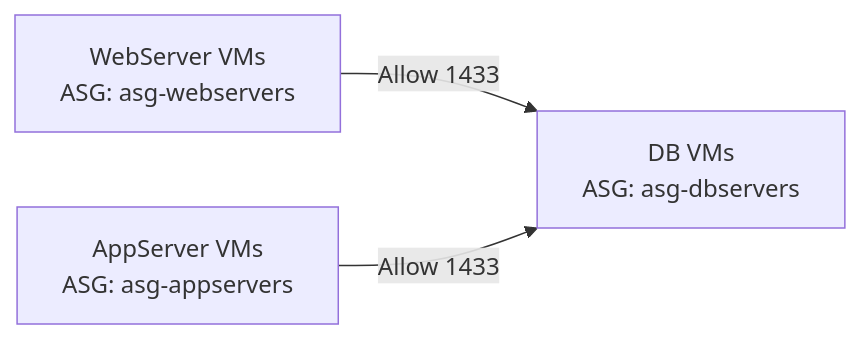
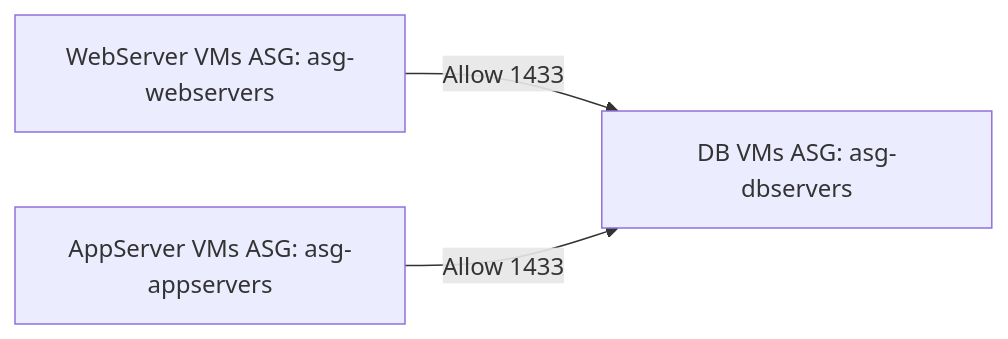
Before and after one commit to SoniiiT/notes-n-docs: the third of 5 diagrams in Microsoft 365/Azure/Netzwerk/Network Security Groups.md, drawn with Mermaid. The commit also changed other lines of this file and 124 other files, not shown here.

First line of the commit message:
fix: Entferne \n aus allen Mermaid-Diagrammen (125 Dateien)

````diff
--- a/Microsoft 365/Azure/Netzwerk/Network Security Groups.md
+++ b/Microsoft 365/Azure/Netzwerk/Network Security Groups.md
@@ -145,5 +145,5 @@
 ```mermaid
 graph LR
-    WEB[WebServer VMs\nASG: asg-webservers] -->|Allow 1433| DB[DB VMs\nASG: asg-dbservers]
-    APP[AppServer VMs\nASG: asg-appservers] -->|Allow 1433| DB
+    WEB[WebServer VMs ASG: asg-webservers] -->|Allow 1433| DB[DB VMs ASG: asg-dbservers]
+    APP[AppServer VMs ASG: asg-appservers] -->|Allow 1433| DB
 ```
````
